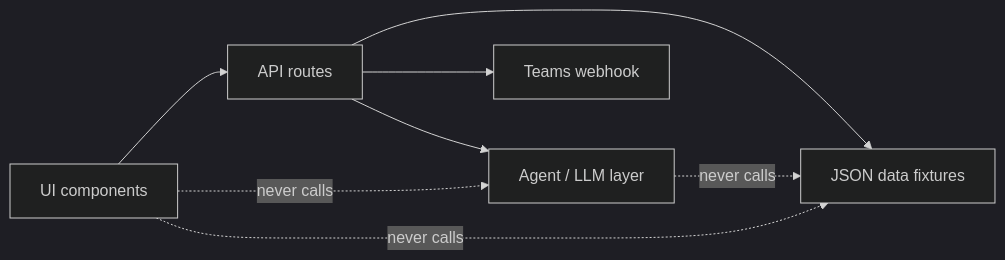
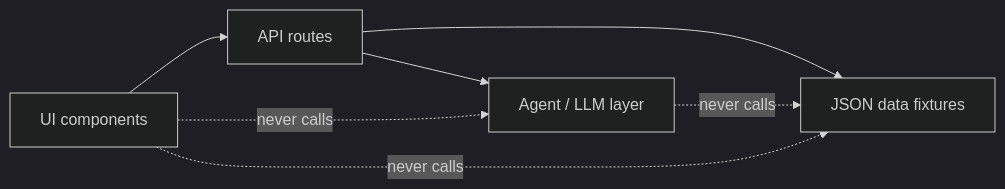
One commit to hankimthuy/agile-assistant changed the diagram in _bmad-output/planning-artifacts/architecture/architecture-agile-assistant-2026-09-12/ARCHITECTURE-SPINE.md. Above: the diagram before and after it, drawn with Mermaid (dark theme). The commit also changed other lines of this file and 19 other files, not shown here.

````diff
--- a/_bmad-output/planning-artifacts/architecture/architecture-agile-assistant-2026-09-12/ARCHITECTURE-SPINE.md
+++ b/_bmad-output/planning-artifacts/architecture/architecture-agile-assistant-2026-09-12/ARCHITECTURE-SPINE.md
@@ -42,10 +42,9 @@
 ```mermaid
 graph LR
   UI[UI components] --> API[API routes]
   API --> LLM[Agent / LLM layer]
   API --> FIX[JSON data fixtures]
-  API --> TEAMS[Teams webhook]
   LLM -.->|never calls| FIX
   UI -.->|never calls| LLM
   UI -.->|never calls| FIX
 ```
````
